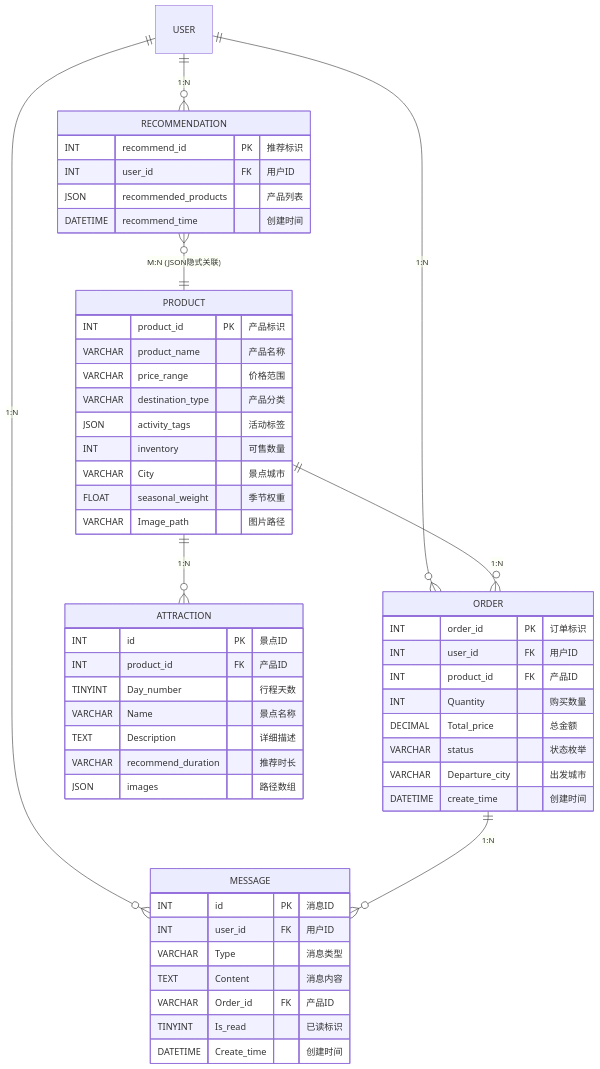
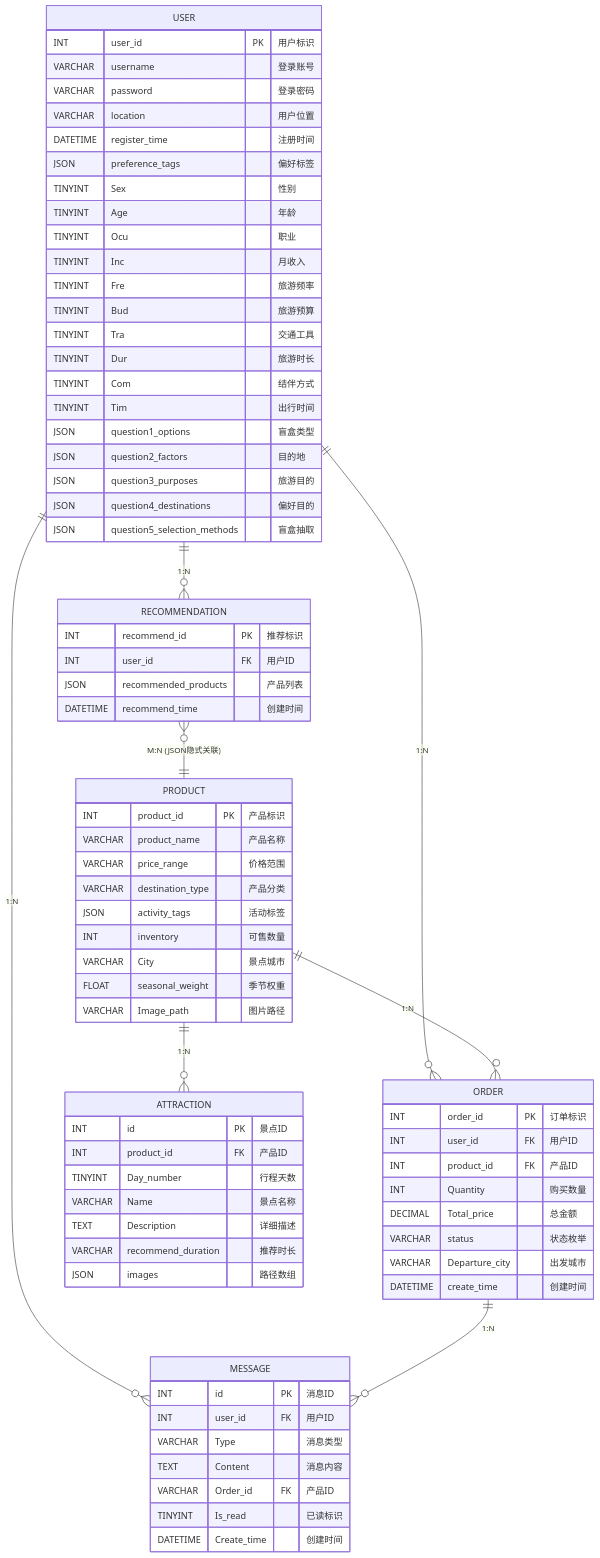
Before and after one commit to 1215587043/iodraw-files: the diagram in all/未命名-1.md, drawn with Mermaid.

Commit message:
2025-04-10 23:38:34 update

```diff
--- a/all/未命名-1.md
+++ b/all/未命名-1.md
@@ -20,7 +20,30 @@
         VARCHAR Image_path "图片路径"
     }
 
-    
+    USER {
+        INT user_id PK "用户标识"
+        VARCHAR username "登录账号"
+        VARCHAR password "登录密码"
+        VARCHAR location "用户位置"
+        DATETIME register_time "注册时间"
+        JSON preference_tags "偏好标签"
+        TINYINT Sex "性别"
+        TINYINT Age "年龄"
+        TINYINT Ocu "职业"
+        TINYINT Inc "月收入"
+        TINYINT Fre "旅游频率"
+        TINYINT Bud "旅游预算"
+        TINYINT Tra "交通工具"
+        TINYINT Dur "旅游时长"
+        TINYINT Com "结伴方式"
+        TINYINT Tim "出行时间"
+        JSON question1_options "盲盒类型"
+        JSON question2_factors "目的地"
+        JSON question3_purposes "旅游目的"
+        JSON question4_destinations "偏好目的"
+        JSON question5_selection_methods "盲盒抽取"
+    }
+
     ORDER {
         INT order_id PK "订单标识"
         INT user_id FK "用户ID"
```
